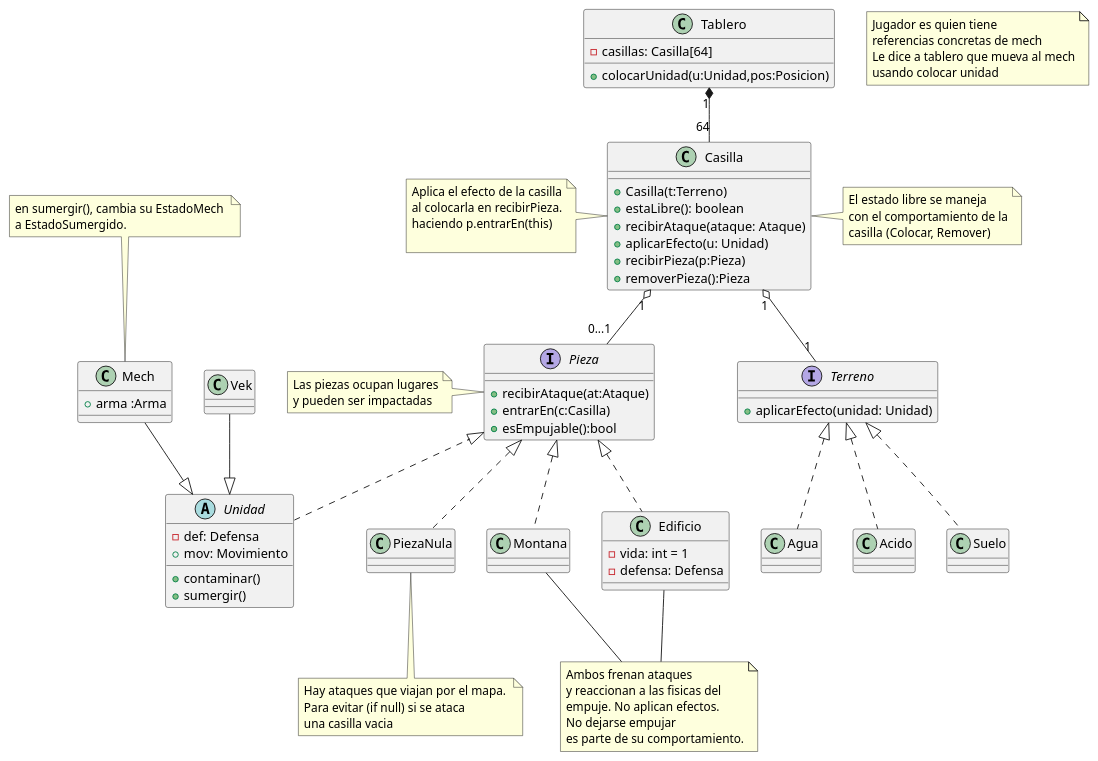
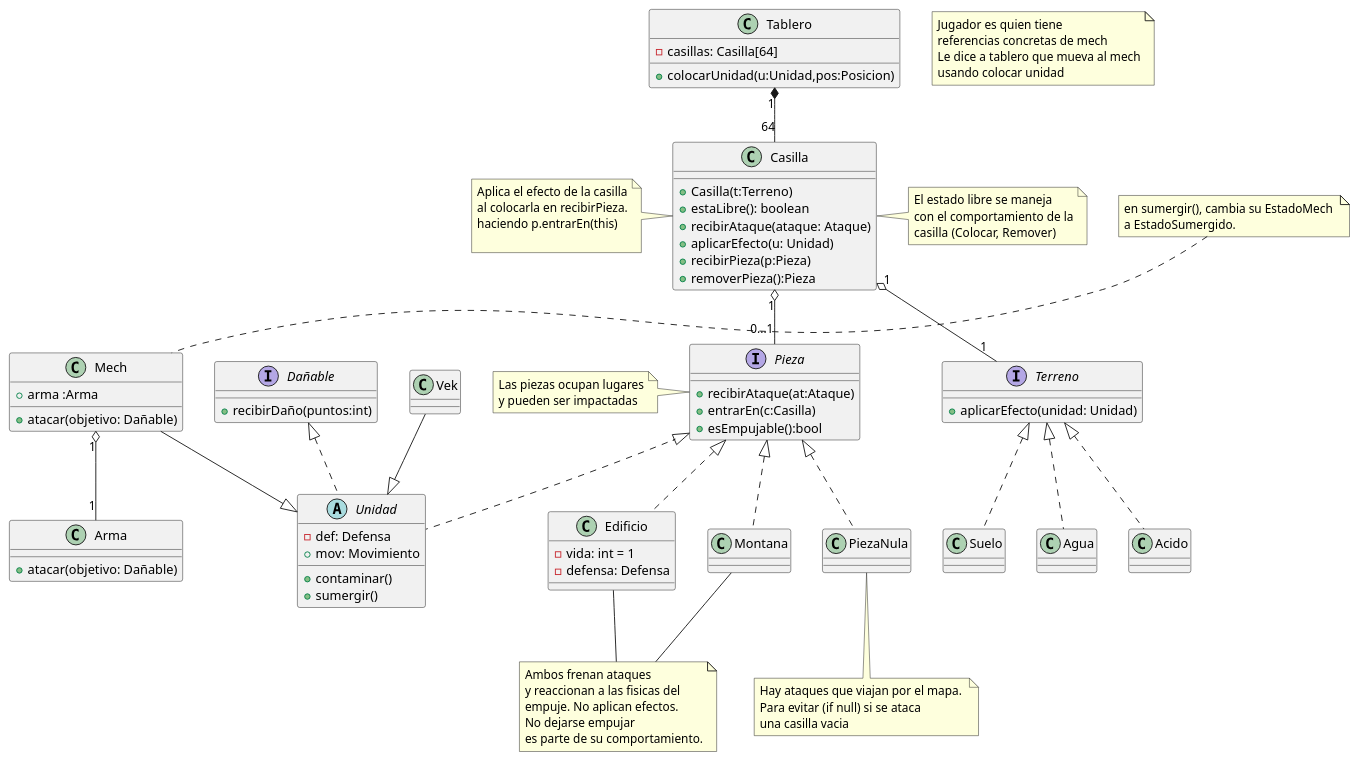
The diagram in diagrams/classes/uml_provisorio.plantuml (aunhaymas/algo3_tp2), drawn with PlantUML before and after one commit. The commit also changed 10 other files, not shown here.

```diff
--- a/diagrams/classes/uml_provisorio.plantuml
+++ b/diagrams/classes/uml_provisorio.plantuml
@@ -1,119 +1,129 @@
 @startuml
 class Tablero {
   - casillas: Casilla[64]
   + colocarUnidad(u:Unidad,pos:Posicion)
 }
 Tablero "1" *-- "64" Casilla
 
 class Casilla {
   + Casilla(t:Terreno)
   + estaLibre(): boolean
   + recibirAtaque(ataque: Ataque)
   + aplicarEfecto(u: Unidad)
   + recibirPieza(p:Pieza)
   + removerPieza():Pieza
 }
 interface Pieza{
     +recibirAtaque(at:Ataque)
     +entrarEn(c:Casilla)
     +esEmpujable():bool
 }
-abstract class Unidad implements Pieza{
+interface Dañable{
+    +recibirDaño(puntos:int)
+}
+abstract class Unidad implements Pieza , Dañable{
   - def: Defensa
   + mov: Movimiento
   +contaminar()
   +sumergir()
   
 }
 
 interface Terreno {
   + aplicarEfecto(unidad: Unidad)
 }
 
 class Suelo implements Terreno {
 
 }
 
 class Edificio implements Pieza {
   - vida: int = 1
   - defensa: Defensa
 }
 
 class Montana implements Pieza {
 }
 
 class Agua implements Terreno {
 
 }
 
 class Acido implements Terreno {
 }
 
 
 
 class PiezaNula implements Pieza{
 }
 
 class Mech {
-+arma :Arma
+   +arma :Arma
+   + atacar(objetivo: Dañable)
+}
+
+class Arma {
+   + atacar(objetivo: Dañable)
 }
 
 
 class Vek {
 }
 
 
 
 
 
 
 Casilla "1" o-- "1" Terreno
 Casilla "1" o--"0...1" Pieza
 
 
 Vek --|> Unidad
 Mech --|> Unidad
+
+Mech "1" o--"1" Arma
 
 
 
 note left of Casilla
   Aplica el efecto de la casilla
   al colocarla en recibirPieza.
   haciendo p.entrarEn(this)
 
 end note
 note left of Pieza
   Las piezas ocupan lugares
   y pueden ser impactadas
 end note
 note as N1
   Ambos frenan ataques
   y reaccionan a las fisicas del
   empuje. No aplican efectos. 
   No dejarse empujar
   es parte de su comportamiento.
 end note
 Montana -- N1
 Edificio -- N1
 note right of Casilla
 El estado libre se maneja
 con el comportamiento de la
 casilla (Colocar, Remover)
 endnote
 note as N2
 Hay ataques que viajan por el mapa. 
 Para evitar (if null) si se ataca 
 una casilla vacia
 end note
 PiezaNula -- N2
 note as N3
 Jugador es quien tiene
 referencias concretas de mech
 Le dice a tablero que mueva al mech
 usando colocar unidad
 endnote
 note top of Mech
 en sumergir(), cambia su EstadoMech 
 a EstadoSumergido.
 endnote
 @enduml
```
